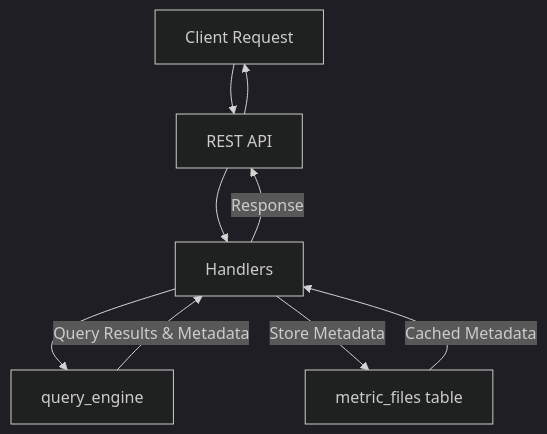
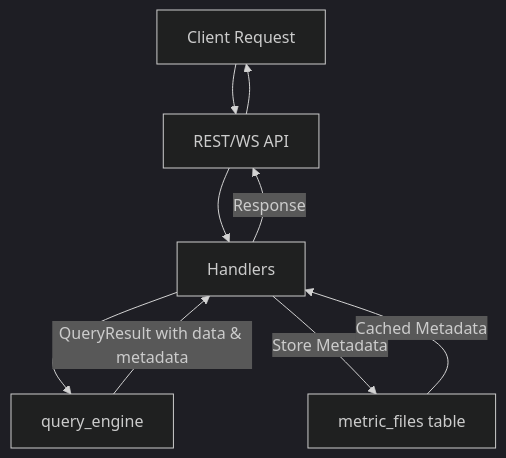
One commit to f4falalu/echo changed the diagram in api/prds/active/refactor_metric_data_metadata.md. Above: the diagram before and after it, drawn with Mermaid (dark theme). The commit also changed other lines of this file and 1 other file, not shown here.

Commit message:
data metadat impl

````diff
--- a/api/prds/active/refactor_metric_data_metadata.md
+++ b/api/prds/active/refactor_metric_data_metadata.md
@@ -74,11 +90,11 @@
 ```mermaid
 graph TD
-    A[Client Request] --> B[REST API]
+    A[Client Request] --> B[REST/WS API]
     B --> C[Handlers]
     C --> D[query_engine]
-    D -->|Query Results & Metadata| C
+    D -->|QueryResult with data & metadata| C
     C -->|Store Metadata| E[metric_files table]
     E -->|Cached Metadata| C
     C -->|Response| B
     B --> A
 ```
````
